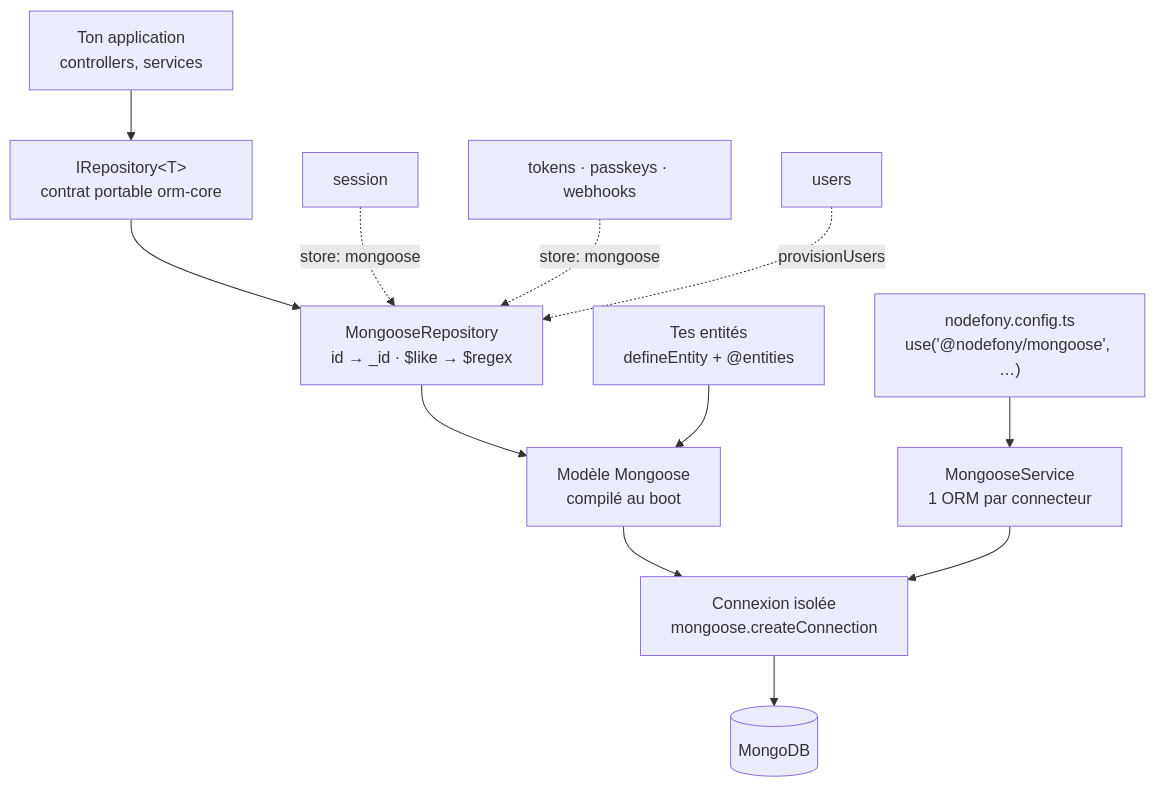
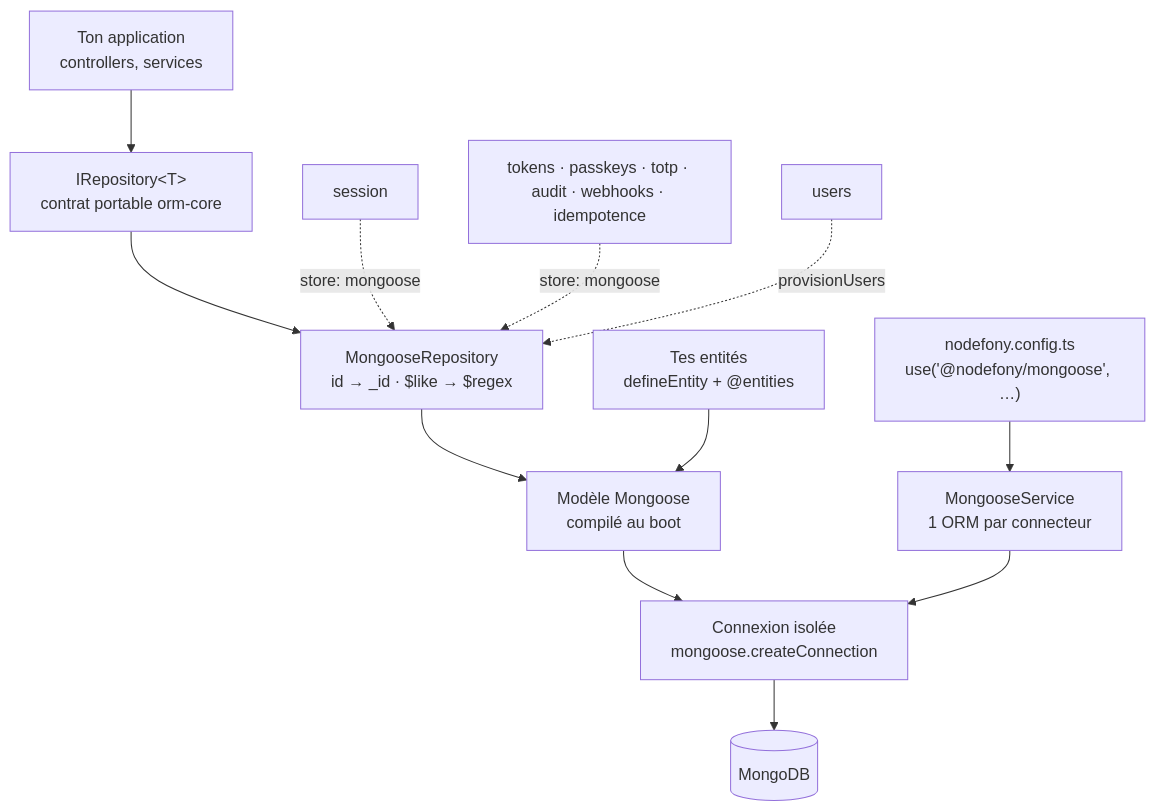
Before and after one commit to nodefony/nodefony-core: the first of 2 diagrams in src/packages/@nodefony/mongoose/docs/index.md, drawn with Mermaid. The commit also changed other lines of this file and 3 other files, not shown here.

````diff
--- a/src/packages/@nodefony/mongoose/docs/index.md
+++ b/src/packages/@nodefony/mongoose/docs/index.md
@@ -129,16 +129,16 @@
 ```mermaid
 flowchart TD
   APP["Ton application<br/>controllers, services"] --> REPO["IRepository&lt;T&gt;<br/>contrat portable orm-core"]
   REPO --> MR["MongooseRepository<br/>id → _id · $like → $regex"]
   MR --> MODEL["Modèle Mongoose<br/>compilé au boot"]
   MODEL --> CNX["Connexion isolée<br/>mongoose.createConnection"]
   CNX --> DB[("MongoDB")]
 
   CFG["nodefony.config.ts<br/>use('@nodefony/mongoose', …)"] --> SVC["MongooseService<br/>1 ORM par connecteur"]
   SVC --> CNX
   ENT["Tes entités<br/>defineEntity + @entities"] --> MODEL
 
   SESS["session"] -.->|store: mongoose| MR
-  TOK["tokens · passkeys · webhooks"] -.->|store: mongoose| MR
+  TOK["tokens · passkeys · totp · audit · webhooks · idempotence"] -.->|store: mongoose| MR
   USR["users"] -.->|provisionUsers| MR
 ```
````
